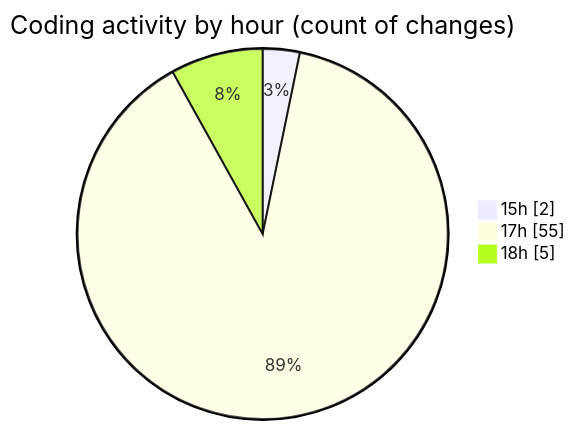
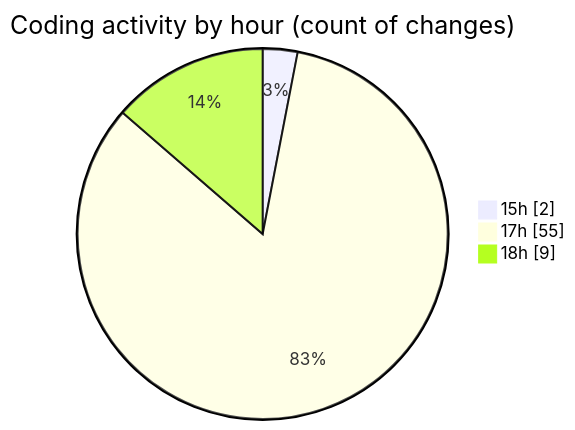
The second of 2 diagrams in 2025-05-06/samplepdf/README.md (momahboobian/code-tracking), drawn with Mermaid before and after one commit. The commit also changed other lines of this file and 1 other file, not shown here.

````diff
--- a/2025-05-06/samplepdf/README.md
+++ b/2025-05-06/samplepdf/README.md
@@ -44,7 +46,7 @@
 ```mermaid
 pie showData
 title Coding activity by hour (count of changes)
 "15h" : 2
 "17h" : 55
-"18h" : 5
+"18h" : 9
 ```
````
